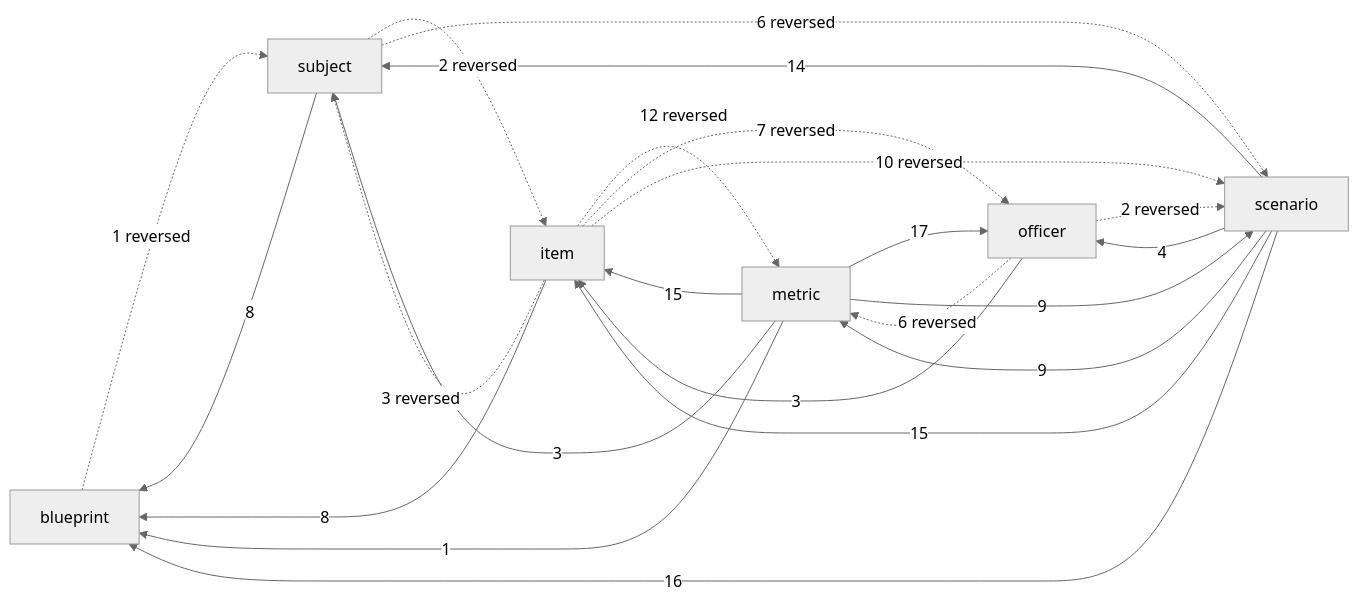
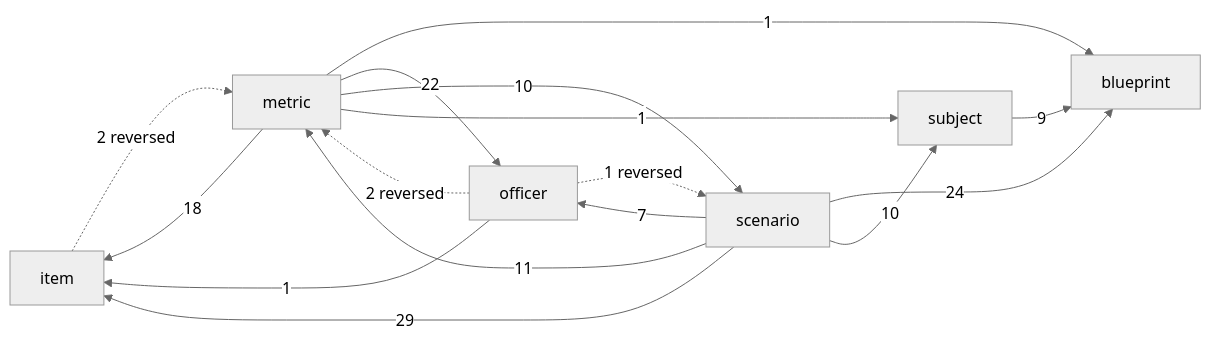
One commit to geraldmaron/tactically-idle changed the diagram in docs/architecture.md. Above: the diagram before and after it, drawn with Mermaid (neutral theme). The commit also changed other lines of this file and 71 other files, not shown here.

````diff
--- a/docs/architecture.md
+++ b/docs/architecture.md
@@ -39,25 +40,18 @@
 ```mermaid
 flowchart LR
-  blueprint -.->|1 reversed| subject
-  item -->|8| blueprint
-  item -.->|12 reversed| metric
-  item -.->|7 reversed| officer
-  item -.->|10 reversed| scenario
-  item -.->|3 reversed| subject
+  item -.->|2 reversed| metric
   metric -->|1| blueprint
-  metric -->|15| item
-  metric -->|17| officer
-  metric -->|9| scenario
-  metric -->|3| subject
-  officer -->|3| item
-  officer -.->|6 reversed| metric
-  officer -.->|2 reversed| scenario
-  scenario -->|16| blueprint
-  scenario -->|15| item
-  scenario -->|9| metric
-  scenario -->|4| officer
-  scenario -->|14| subject
-  subject -->|8| blueprint
-  subject -.->|2 reversed| item
-  subject -.->|6 reversed| scenario
+  metric -->|18| item
+  metric -->|22| officer
+  metric -->|10| scenario
+  metric -->|1| subject
+  officer -->|1| item
+  officer -.->|2 reversed| metric
+  officer -.->|1 reversed| scenario
+  scenario -->|24| blueprint
+  scenario -->|29| item
+  scenario -->|11| metric
+  scenario -->|7| officer
+  scenario -->|10| subject
+  subject -->|9| blueprint
 ```
````
